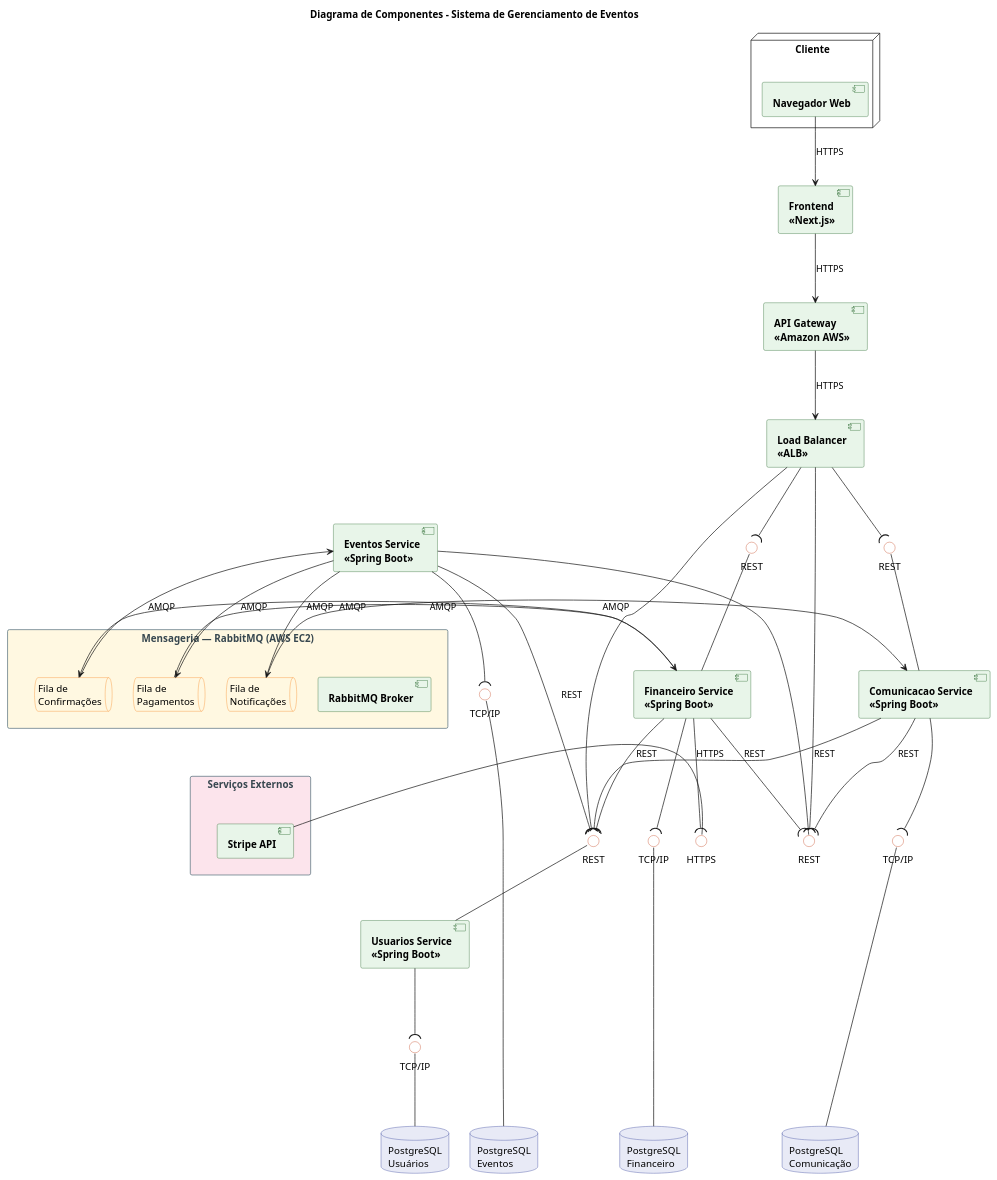
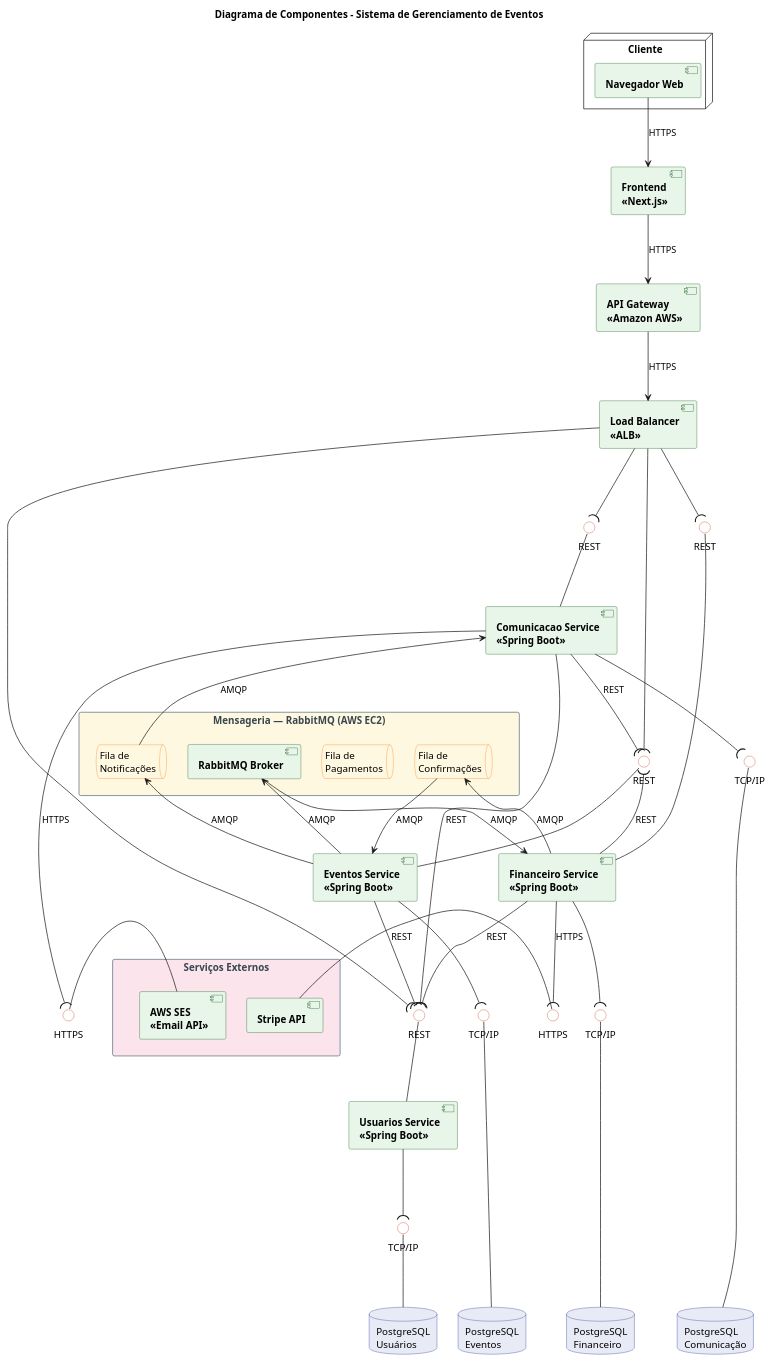
One commit to arturbomtempo-learning/software-project-final-work changed the diagram in codes/component-diagram/component-diagram.puml. Above: the diagram before and after it, drawn with PlantUML. The commit also changed 6 other files, not shown here.

```diff
--- a/codes/component-diagram/component-diagram.puml
+++ b/codes/component-diagram/component-diagram.puml
@@ -1,130 +1,135 @@
 @startuml component-diagram
 
 title Diagrama de Componentes - Sistema de Gerenciamento de Eventos
 
 skinparam nodesep 30
 skinparam ranksep 80
 
 skinparam component {
   BackgroundColor #E8F5E9
   BorderColor #1B5E20
   FontStyle bold
 }
 
 skinparam database {
   BackgroundColor #E8EAF6
   BorderColor #283593
 }
 
 skinparam interface {
   BackgroundColor #FFFFFF
   BorderColor #BF360C
 }
 
 skinparam queue {
   BackgroundColor #FFF8E1
   BorderColor #F57F17
 }
 
 skinparam rectangle {
   BorderColor #546E7A
   FontColor #37474F
 }
 
 node "Cliente" {
     [Navegador Web] as WEB
 }
 
 [Frontend\n<<Next.js>>] as FRONT
 
 WEB --> FRONT : HTTPS
 
 [API Gateway\n<<Amazon AWS>>] as APIGW
 
 FRONT --> APIGW : HTTPS
 
 [Load Balancer\n<<ALB>>] as ALB
 
 APIGW --> ALB : HTTPS
 
 interface "REST" as iUSER
 interface "REST" as iEVENTS
 interface "REST" as iFIN
 interface "REST" as iCOMM
 
 ALB --( iUSER
 ALB --( iEVENTS
 ALB --( iFIN
 ALB --( iCOMM
 
 [Usuarios Service\n<<Spring Boot>>]    as USERS
 [Eventos Service\n<<Spring Boot>>]     as EVENTS
 [Financeiro Service\n<<Spring Boot>>]  as FIN
 [Comunicacao Service\n<<Spring Boot>>] as COMM
 
 USERS  -up- iUSER
 EVENTS -up- iEVENTS
 FIN    -up- iFIN
 COMM   -up- iCOMM
 
 EVENTS --( iUSER   : REST
 FIN    --( iUSER   : REST
 COMM   --( iUSER   : REST
 FIN    --( iEVENTS : REST
 COMM   --( iEVENTS : REST
 
 interface "TCP/IP" as iDB1
 interface "TCP/IP" as iDB2
 interface "TCP/IP" as iDB3
 interface "TCP/IP" as iDB4
 
 USERS  --( iDB1
 EVENTS --( iDB2
 FIN    --( iDB3
 COMM   --( iDB4
 
 database "PostgreSQL\nUsuários"    as DB1
 database "PostgreSQL\nEventos"     as DB2
 database "PostgreSQL\nFinanceiro"  as DB3
 database "PostgreSQL\nComunicação" as DB4
 
 iDB1 -down- DB1
 iDB2 -down- DB2
 iDB3 -down- DB3
 iDB4 -down- DB4
 
 rectangle "Mensageria — RabbitMQ (AWS EC2)" as MQ #FFF8E1 {
     [RabbitMQ Broker] as RABBIT
     queue "Fila de\nPagamentos"   as Q_PAY
     queue "Fila de\nConfirmações" as Q_CONF
     queue "Fila de\nNotificações" as Q_NOTIF
 }
 
-EVENTS --> Q_PAY   : AMQP
-Q_PAY  --> FIN     : AMQP
+EVENTS --> RABBIT   : AMQP
+RABBIT  --> FIN     : AMQP
 FIN    --> Q_CONF  : AMQP
 Q_CONF --> EVENTS  : AMQP
 EVENTS --> Q_NOTIF : AMQP
 Q_NOTIF --> COMM   : AMQP
 
 rectangle "Serviços Externos" as EXT #FCE4EC {
     [Stripe API] as STRIPE
+    [AWS SES\n<<Email API>>] as SES
 }
 
 interface "HTTPS" as iSTRIPE
+interface "HTTPS" as iSES
 
 STRIPE  -left- iSTRIPE
 FIN    --( iSTRIPE : HTTPS
+
+SES    -right- iSES
+COMM   --( iSES   : HTTPS
 
 USERS  -[hidden]right- EVENTS
 EVENTS -[hidden]right- FIN
 FIN    -[hidden]right- COMM
 
 DB1 -[hidden]right- DB2
 DB2 -[hidden]right- DB3
 DB3 -[hidden]right- DB4
 
 COMM -[hidden]right- MQ
 MQ   -[hidden]down-  EXT
 
 @enduml
```
